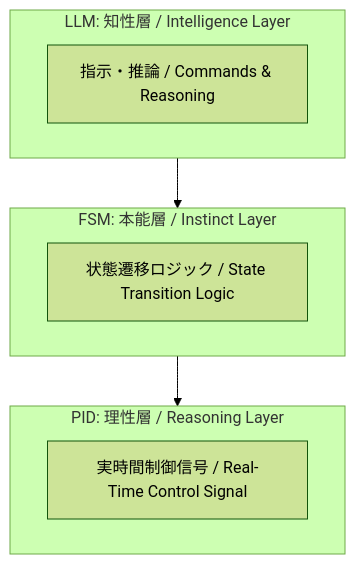
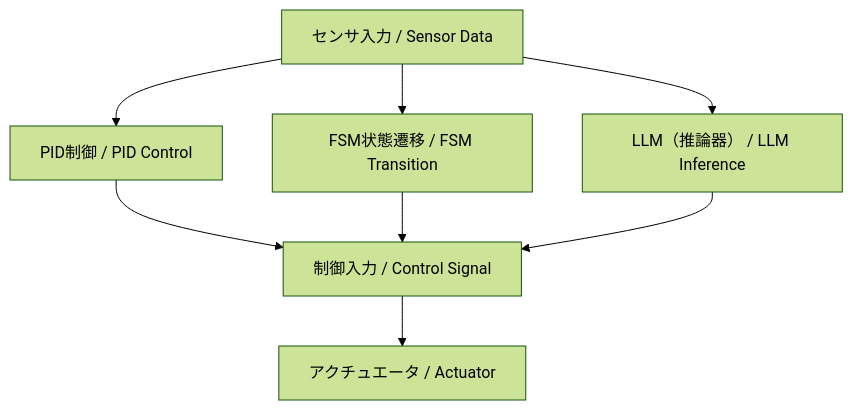
One commit to Samizo-AITL/EduController changed the diagram in part09_llm_hybrid/theory/01_fsm_pid_llm.md. Above: the diagram before and after it, drawn with Mermaid (forest theme). The commit also changed other lines of this file, not shown here.

````diff
--- a/part09_llm_hybrid/theory/01_fsm_pid_llm.md
+++ b/part09_llm_hybrid/theory/01_fsm_pid_llm.md
@@ -66,15 +71,12 @@
 ```mermaid
 flowchart TB
-    subgraph LLM [LLM: 知性層 / Intelligence Layer]
-        L1[指示・推論 / Commands & Reasoning]
-    end
-    subgraph FSM [FSM: 本能層 / Instinct Layer]
-        F1[状態遷移ロジック / State Transition Logic]
-    end
-    subgraph PID [PID: 理性層 / Reasoning Layer]
-        P1[実時間制御信号 / Real-Time Control Signal]
-    end
+    S[センサ入力 / Sensor Data] --> P[PID制御 / PID Control]
+    S --> F[FSM状態遷移 / FSM Transition]
+    S --> L[LLM（推論器） / LLM Inference]
 
-    LLM --> FSM
-    FSM --> PID
+    P --> U[制御入力 / Control Signal]
+    F --> U
+    L --> U
+
+    U --> A[アクチュエータ / Actuator]
 ```
````
